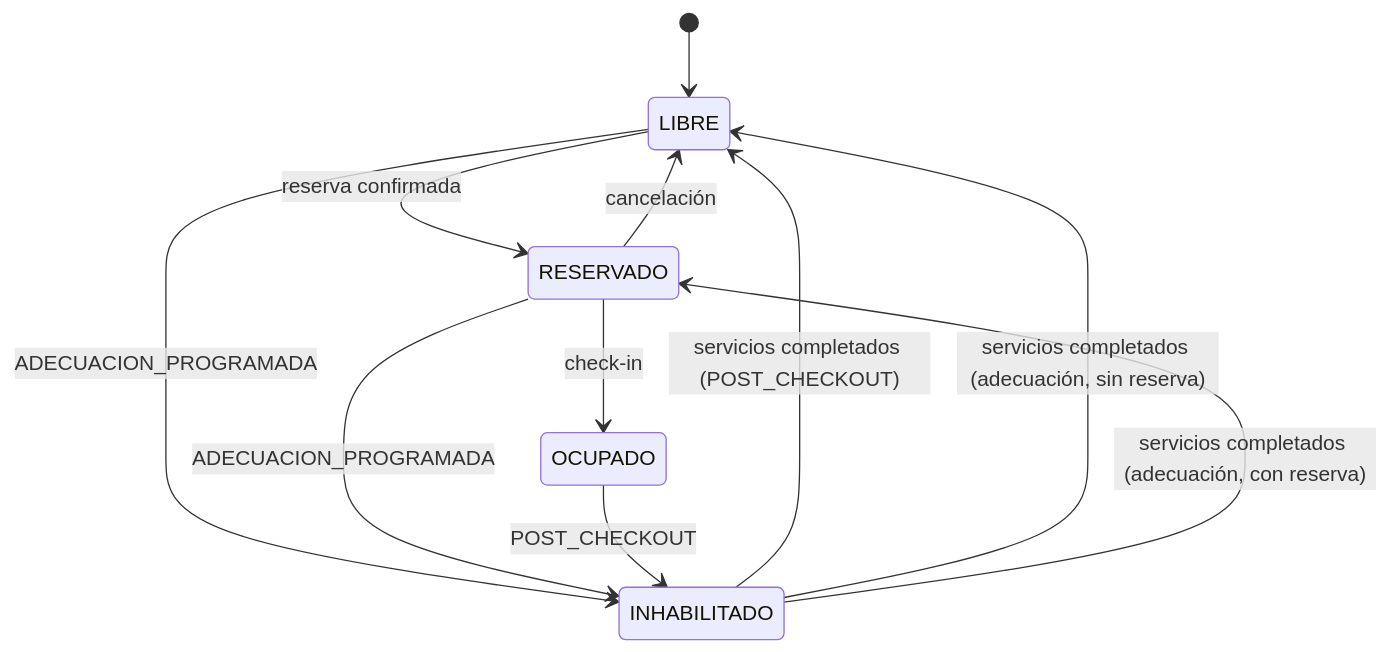
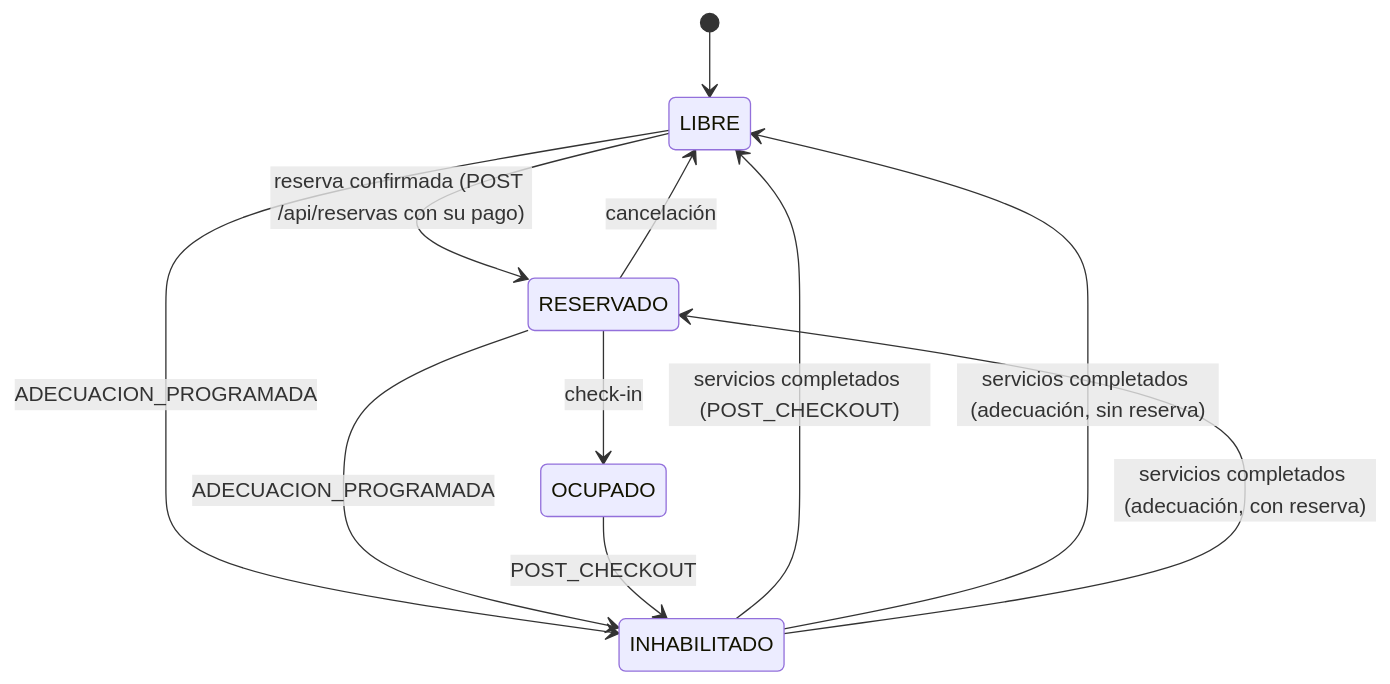
The first of 2 diagrams in README.md (DarwinSt/Roomix-Back), drawn with Mermaid before and after one commit. The commit also changed other lines of this file and 43 other files, not shown here.

````diff
--- a/README.md
+++ b/README.md
@@ -225,13 +225,13 @@
 ```mermaid
 stateDiagram-v2
     [*] --> LIBRE
-    LIBRE --> RESERVADO: reserva confirmada
+    LIBRE --> RESERVADO: reserva confirmada (POST /api/reservas con su pago)
     LIBRE --> INHABILITADO: ADECUACION_PROGRAMADA
     RESERVADO --> OCUPADO: check-in
     RESERVADO --> LIBRE: cancelación
     RESERVADO --> INHABILITADO: ADECUACION_PROGRAMADA
     OCUPADO --> INHABILITADO: POST_CHECKOUT
     INHABILITADO --> LIBRE: servicios completados (POST_CHECKOUT)
     INHABILITADO --> LIBRE: servicios completados (adecuación, sin reserva)
     INHABILITADO --> RESERVADO: servicios completados (adecuación, con reserva)
 ```
````
